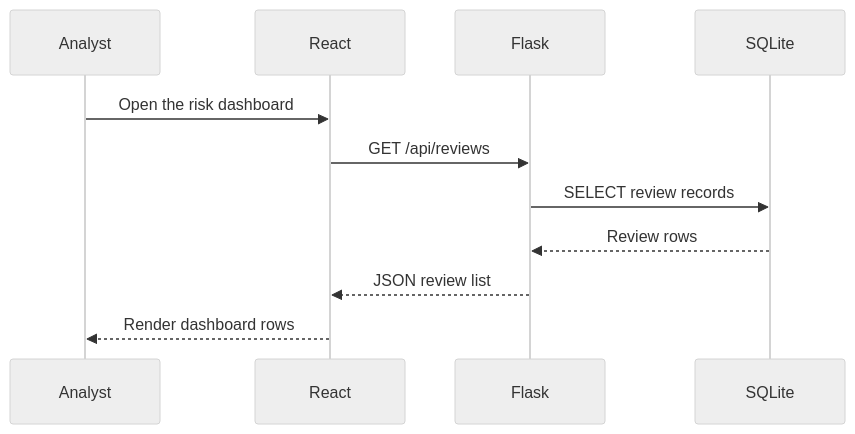
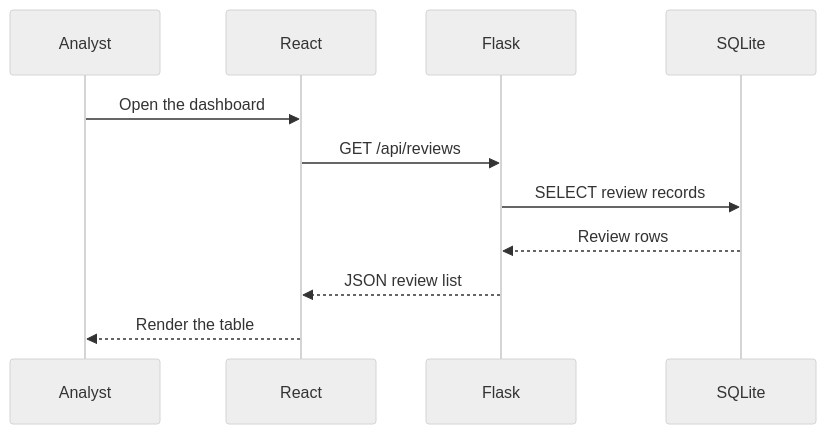
Before and after one commit to SWS3022/SWS3022.github.io: the diagram in docs/overview/what-you-will-build.md, drawn with Mermaid (neutral theme). The commit also changed other lines of this file and 6 other files, not shown here.

Commit message:
Deepen system architecture tutorial

````diff
--- a/docs/overview/what-you-will-build.md
+++ b/docs/overview/what-you-will-build.md
@@ -54,14 +81,14 @@
 ```mermaid
 sequenceDiagram
     participant Analyst
     participant React
     participant Flask
     participant SQLite
 
-    Analyst->>React: Open the risk dashboard
+    Analyst->>React: Open the dashboard
     React->>Flask: GET /api/reviews
     Flask->>SQLite: SELECT review records
     SQLite-->>Flask: Review rows
     Flask-->>React: JSON review list
-    React-->>Analyst: Render dashboard rows
+    React-->>Analyst: Render the table
 ```
````
